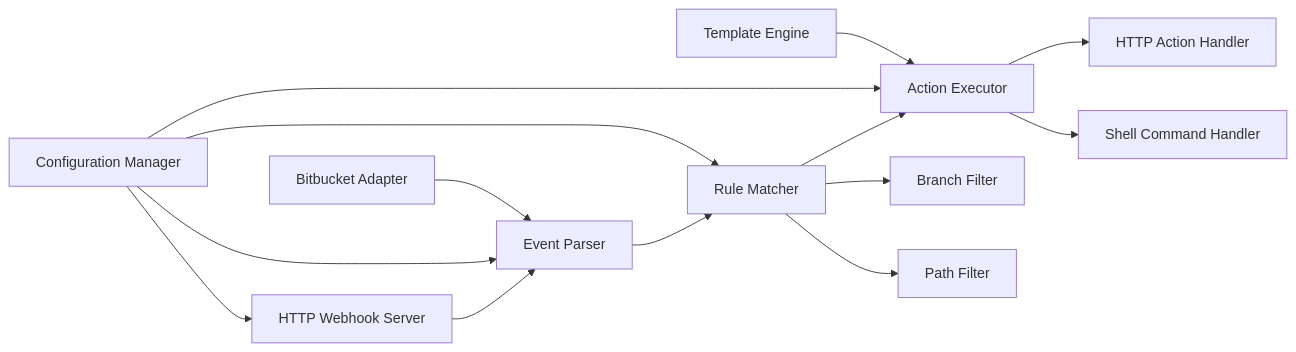
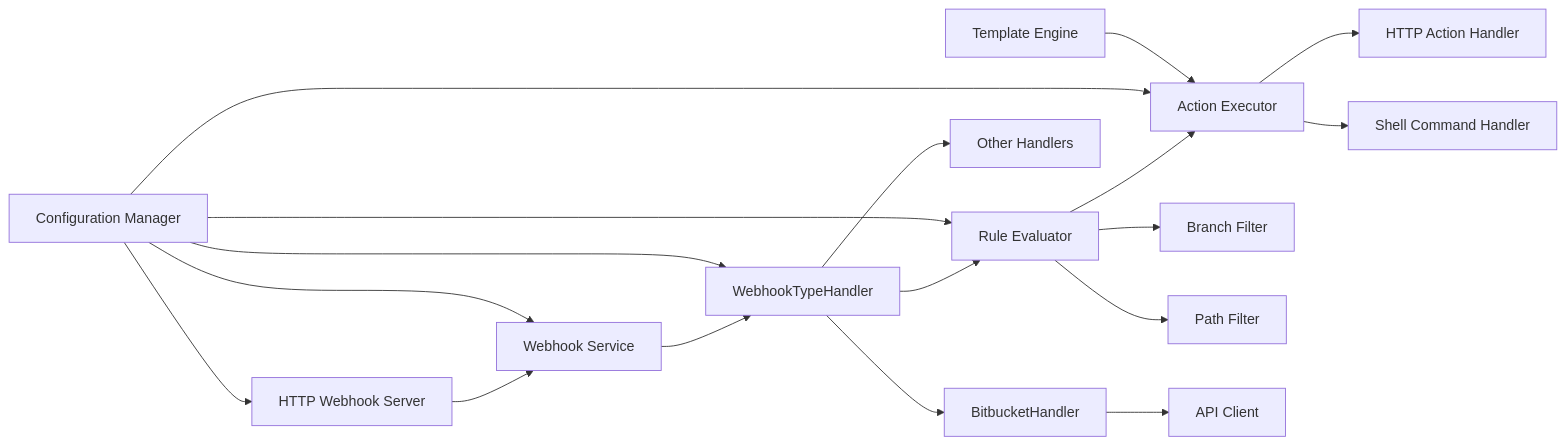
Before and after one commit to acfabro/git-actions: the second of 4 diagrams in docs/architecture.md, drawn with Mermaid. The commit also changed other lines of this file and 35 other files, not shown here.

````diff
--- a/docs/architecture.md
+++ b/docs/architecture.md
@@ -61,21 +61,26 @@
 ```mermaid
 graph LR
-    A[HTTP Webhook Server] --> B[Event Parser]
-    B --> C[Rule Matcher]
-    C --> D[Action Executor]
+    A[HTTP Webhook Server] --> B[Webhook Service]
+    B --> C[WebhookTypeHandler]
+    C --> D[Rule Evaluator]
+    D --> E[Action Executor]
     
-    E[Configuration Manager] --> A
-    E --> B
-    E --> C
-    E --> D
+    F[Configuration Manager] --> A
+    F --> B
+    F --> C
+    F --> D
+    F --> E
     
-    H[Bitbucket Adapter] --> B
+    C --> G[BitbucketHandler]
+    C --> H[Other Handlers]
     
-    C --> I[Branch Filter]
-    C --> J[Path Filter]
+    D --> I[Branch Filter]
+    D --> J[Path Filter]
     
-    D --> L[HTTP Action Handler]
-    D --> M[Shell Command Handler]
+    E --> L[HTTP Action Handler]
+    E --> M[Shell Command Handler]
     
-    N[Template Engine] --> D
+    N[Template Engine] --> E
+    
+    G --> O[API Client]
 ```
````
